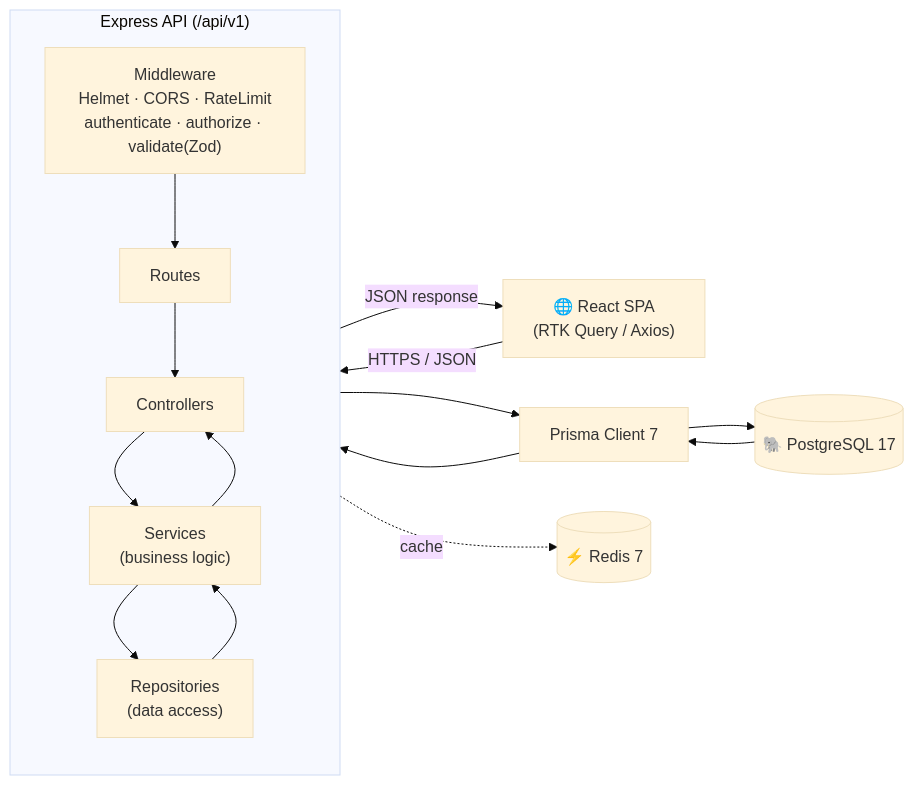
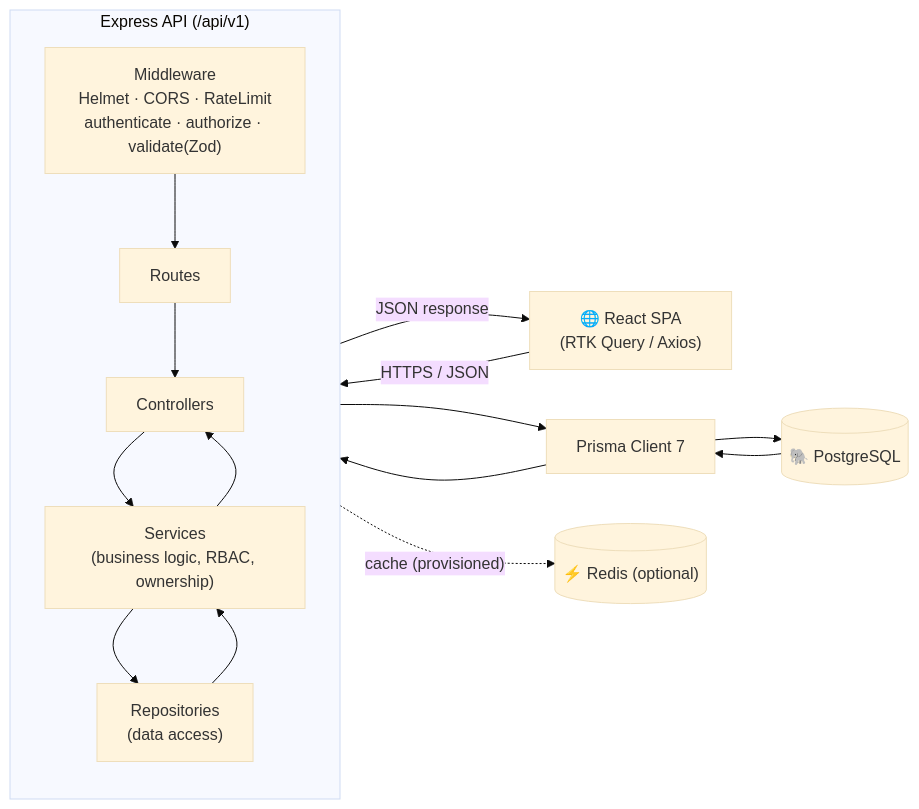
Before and after one commit to SharadSaha/talentflow: the first of 3 diagrams in README.md, drawn with Mermaid (base theme). The commit also changed other lines of this file and 59 other files, not shown here.

````diff
--- a/README.md
+++ b/README.md
@@ -136,21 +149,21 @@
 ```mermaid
 flowchart LR
     Browser["🌐 React SPA<br/>(RTK Query / Axios)"]
     subgraph API["Express API (/api/v1)"]
         direction TB
         MW["Middleware<br/>Helmet · CORS · RateLimit<br/>authenticate · authorize · validate(Zod)"]
         RT["Routes"]
         CT["Controllers"]
-        SV["Services<br/>(business logic)"]
+        SV["Services<br/>(business logic, RBAC, ownership)"]
         RP["Repositories<br/>(data access)"]
         MW --> RT --> CT --> SV --> RP
     end
     Prisma["Prisma Client 7"]
-    PG[("🐘 PostgreSQL 17")]
-    Redis[("⚡ Redis 7")]
+    PG[("🐘 PostgreSQL")]
+    Redis[("⚡ Redis (optional)")]
 
     Browser -- "HTTPS / JSON" --> MW
     RP --> Prisma --> PG
-    SV -. cache .-> Redis
+    SV -. cache (provisioned) .-> Redis
     PG --> Prisma --> RP --> SV --> CT -- "JSON response" --> Browser
 ```
````
